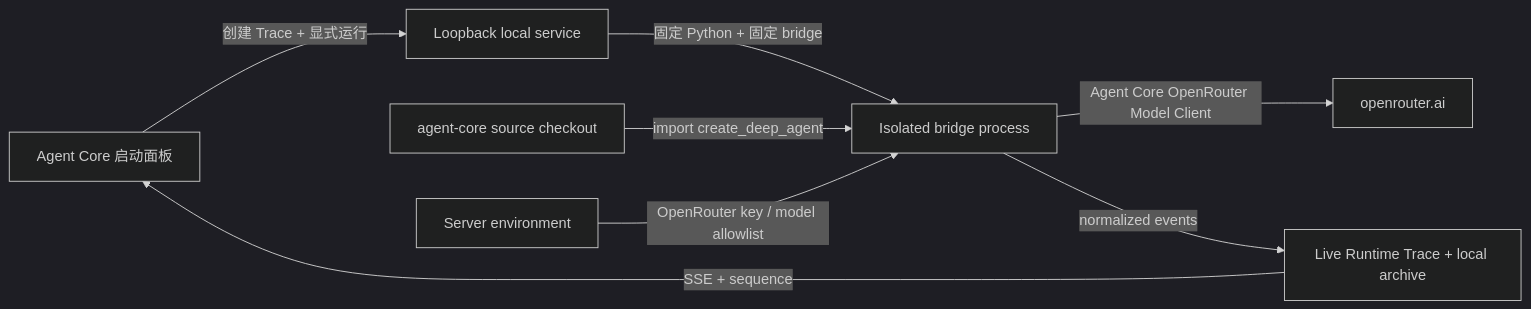
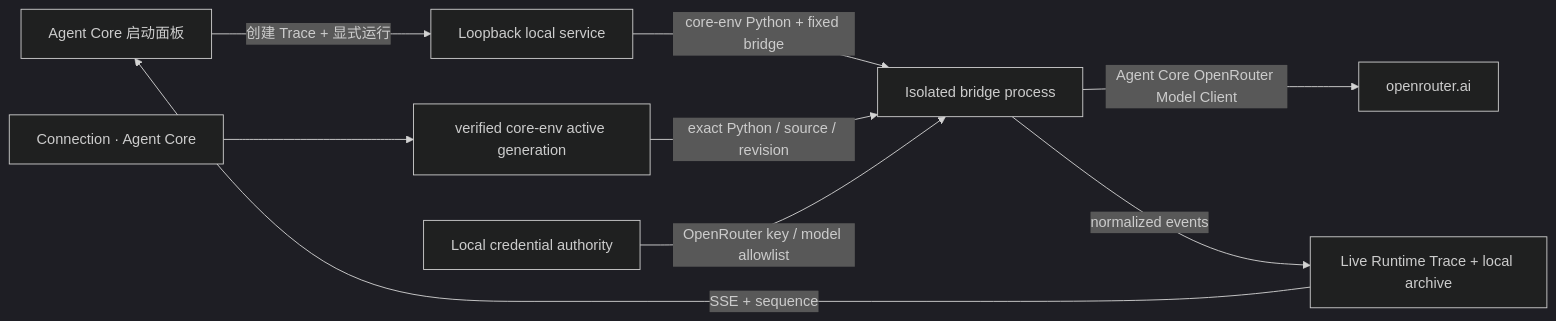
One commit to LasVie/OpenJiuwen_Visualization changed the diagram in docs/agent-core-execution-v1.md. Above: the diagram before and after it, drawn with Mermaid (dark theme). The commit also changed other lines of this file and 47 other files, not shown here.

````diff
--- a/docs/agent-core-execution-v1.md
+++ b/docs/agent-core-execution-v1.md
@@ -9,10 +9,11 @@
 ```mermaid
 flowchart LR
   UI["Agent Core 启动面板"] -->|"创建 Trace + 显式运行"| Service["Loopback local service"]
-  Service -->|"固定 Python + 固定 bridge"| Bridge["Isolated bridge process"]
-  Source["agent-core source checkout"] -->|"import create_deep_agent"| Bridge
-  Env["Server environment"] -->|"OpenRouter key / model allowlist"| Bridge
+  Service -->|"core-env Python + fixed bridge"| Bridge["Isolated bridge process"]
+  Source["Connection · Agent Core"] --> Env["verified core-env active generation"]
+  Env -->|"exact Python / source / revision"| Bridge
+  Credential["Local credential authority"] -->|"OpenRouter key / model allowlist"| Bridge
   Bridge -->|"Agent Core OpenRouter Model Client"| OR["openrouter.ai"]
   Bridge -->|"normalized events"| Trace["Live Runtime Trace + local archive"]
   Trace -->|"SSE + sequence"| UI
 ```
````
